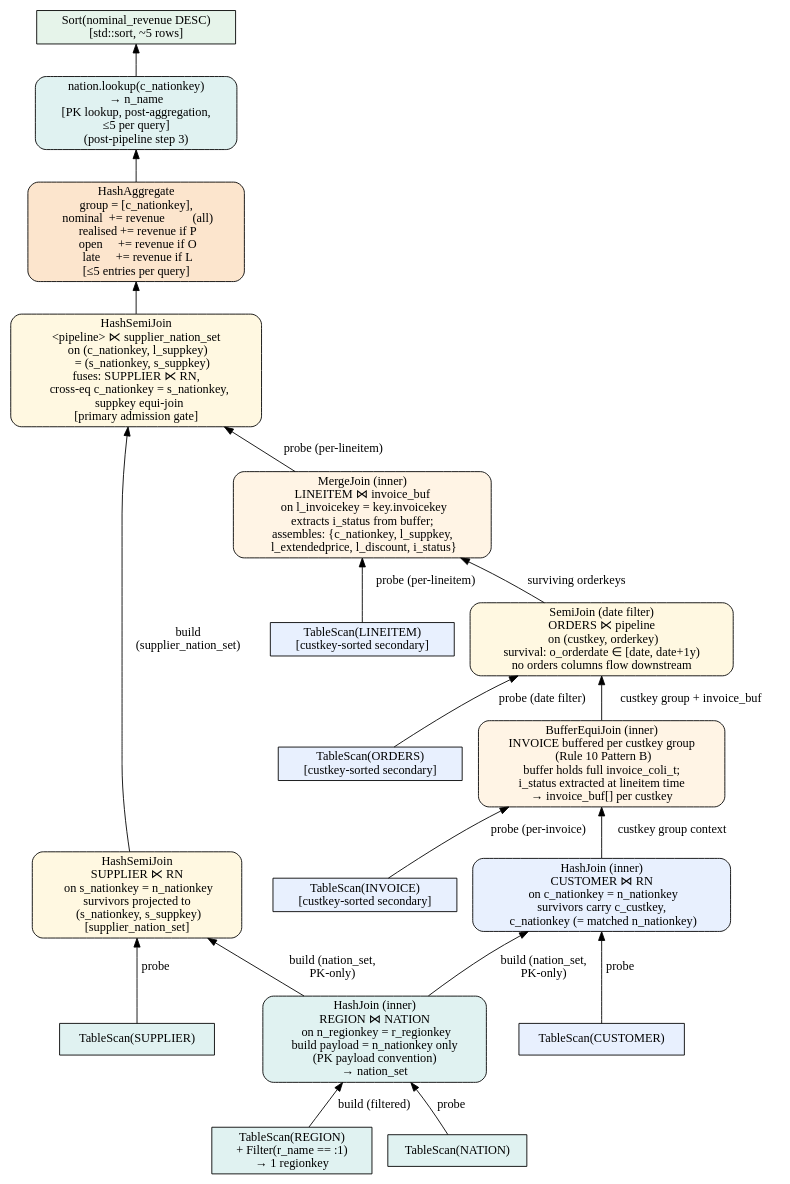
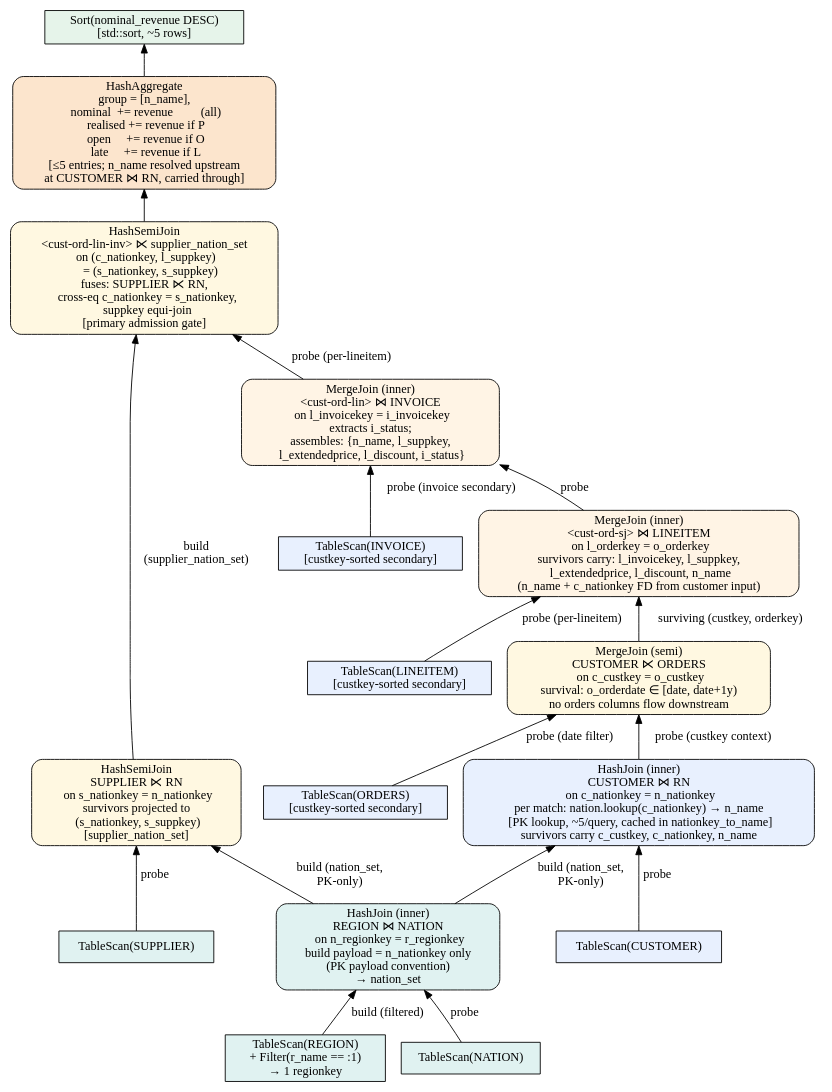
One commit to alicia-lyu/leanstore changed the diagram in frontend/tpch/q5i/plans/family_logical.dot. Above: the diagram before and after it, drawn with Graphviz. The commit also changed 7 other files, not shown here.

```diff
--- a/frontend/tpch/q5i/plans/family_logical.dot
+++ b/frontend/tpch/q5i/plans/family_logical.dot
@@ -1,130 +1,144 @@
 // Q5I family logical plan — shared by S1, S2, S3.
 //
 // Q5I extends Q5 with a single new join (l_invoicekey = i_invoicekey) and
 // four revenue accumulators split by i_status {P, O, L, nominal=all}.
 // The pipeline chain changes from COL (C→O→L) to COLI (C→I→L), with
 // ORDERS demoted to a semi-join filter (date window only, no output columns).
 //
-// Hierarchy C→I→L (CONVENTIONS.md Rule 10, "hierarchical with semi-join filter"):
+// Logical join order (C→O→L→I — same for S1/S2/S3/S4):
 //
 //   • CUSTOMER ⋈ RN (inner) — c_nationkey ∈ nation_set gate; ~80% prune.
 //     c_nationkey carried downstream for the post-pipeline supplier probe
 //     and nation equi-join.
-//   • INVOICE ⋈ CUSTOMER on invoicekey — equi-join (Rule 10 Pattern B):
-//     invoice records buffered per custkey group; i_status extracted at
-//     lineitem assembly time.
-//   • ORDERS ⋉ LINEITEM on orderkey — semi-join (Rule 10): orders
-//     contribute only the date filter; no orders columns flow downstream.
-//   • LINEITEM joins with INVOICE buffer on l_invoicekey → i_status.
+//   • CUSTOMER ⋉ ORDERS on c_custkey = o_custkey — SemiJoin: orders
+//     contribute only the date filter (o_orderdate ∈ window); no orders
+//     columns flow downstream.
+//   • ORDERS ⋈ LINEITEM on l_orderkey = o_orderkey — inner join.
+//   • LINEITEM ⋈ INVOICE on l_invoicekey = i_invoicekey — inner join;
+//     extracts i_status to route revenue into the four accumulators.
+//
+// Functional dependency: i_invoicekey → custkey (every invoice belongs
+// to exactly one customer). This FD means custkey-sorted secondary indexes
+// on INVOICE are valid: the S1 seek into invoice_coli_t uses
+// (custkey, invoicekey) as the composite lookup key within a custkey group.
+// Similarly, lineitem_coli_t is sorted by (custkey, orderkey, invoicekey,
+// linenumber), so the lineitem ⋈ invoice join resolves as a sorted probe
+// within the custkey partition — the custkey prefix is implicit but load-
+// bearing in all secondary structures (S1 split indexes, S2 view, S3 MI).
+//
+// Note: S3's physical COLI MI scan reads invoice records before
+// orders/lineitems in byte-lex order (invoice tag=2 < orders=3 <
+// lineitem=4), but the logical join tree is C→O→L→I regardless.
 //
 // Assembled pipeline record per lineitem:
 //   {c_nationkey, l_suppkey, l_extendedprice, l_discount, i_status}
 //
 // Post-pipeline operator chain (Rule 11 — outside pipeline, shared S1–S4):
 //   1. ⋉ supplier_nation_set[(c_nationkey, l_suppkey)]
 //      [primary admission; subsumes nation_set check for supplier arm]
 //   2. HashAggregate by c_nationkey:
 //        nominal   += revenue             (every qualifying lineitem)
 //        realised  += revenue if P
 //        open      += revenue if O
 //        late      += revenue if L
 //      [≤5 nationkeys per region; trivially small aggregate]
 //   3. n_name = nation.lookup(c_nationkey)  [PK lookup, ≤5 per query]
 //   4. Sort by nominal_revenue DESC         [std::sort, ~5 rows]
 //
 // FILTER PUSHDOWN: the COLI MI, COLI split indexes, and pipeline view are
 // all loaded UNFILTERED. r_name, the resolved nation_set, and the orderdate
 // window may NOT be baked into any secondary (predicate hoisting; PLAYBOOK
 // §3.5 step 7).
 //
 // PRIMARY-KEY PAYLOAD CONVENTION (Rules 4, 10): every hash build carries
 // PK only. n_name NOT in any intermediate build; resolved in post-pipeline
 // step 3 via nation PK lookup after aggregation on c_nationkey.
 // invoice buffer holds full invoice_coli_t records (Rule 10 Pattern B);
 // i_status extracted at lineitem assembly time.
 //
 // Shared dimension subtree (RN = REGION ⋈ NATION) and SUPPLIER semi-join
 // are identical to Q5's family plan.
 
 digraph {
   rankdir=BT;
 
   // ─────────── Shared dimension subtree: RN = REGION ⋈ NATION ───────────
   s_reg [label="TableScan(REGION)\n+ Filter(r_name == :1)\n→ 1 regionkey",
          shape=box, style=filled, fillcolor="#E0F2F1"];
   s_nat [label="TableScan(NATION)",
          shape=box, style=filled, fillcolor="#E0F2F1"];
   rn    [label="HashJoin (inner)\nREGION ⋈ NATION\n  on n_regionkey = r_regionkey\nbuild payload = n_nationkey only\n(PK payload convention)\n→ nation_set",
          shape=box, style="filled,rounded", fillcolor="#E0F2F1"];
 
   s_reg -> rn [label="build (filtered)"];
   s_nat -> rn [label="probe"];
 
   // ─────────── Fan-out 1: CUSTOMER ⋈ RN (inner) ───────────
   s_cust  [label="TableScan(CUSTOMER)",
            shape=box, style=filled, fillcolor="#E8F0FE"];
-  hj_cust [label="HashJoin (inner)\nCUSTOMER ⋈ RN\n  on c_nationkey = n_nationkey\nsurvivors carry c_custkey,\n  c_nationkey (= matched n_nationkey)",
+  hj_cust [label="HashJoin (inner)\nCUSTOMER ⋈ RN\n  on c_nationkey = n_nationkey\nper match: nation.lookup(c_nationkey) → n_name\n  [PK lookup, ~5/query, cached in nationkey_to_name]\nsurvivors carry c_custkey, c_nationkey, n_name",
            shape=box, style="filled,rounded", fillcolor="#E8F0FE"];
 
   rn     -> hj_cust [label="build (nation_set,\nPK-only)"];
   s_cust -> hj_cust [label="probe"];
 
   // ─────────── Fan-out 2: SUPPLIER ⋉ RN (semi-join) ───────────
   s_sup  [label="TableScan(SUPPLIER)",
           shape=box, style=filled, fillcolor="#E0F2F1"];
   sj_sup [label="HashSemiJoin\nSUPPLIER ⋉ RN\n  on s_nationkey = n_nationkey\nsurvivors projected to\n  (s_nationkey, s_suppkey)\n[supplier_nation_set]",
           shape=box, style="filled,rounded", fillcolor="#FFF8E1"];
 
   rn    -> sj_sup [label="build (nation_set,\nPK-only)"];
   s_sup -> sj_sup [label="probe"];
 
-  // ─────────── Inside pipeline: COLI chain (custkey-sorted) ───────────
+  // ─────────── Inside pipeline: C→O→L→I chain (custkey-sorted) ───────────
+  //
+  // Join order follows the SQL predicates:
+  //   CUSTOMER ⋈ ORDERS on c_custkey = o_custkey  (SemiJoin: date filter only)
+  //   ORDERS   ⋈ LINEITEM on l_orderkey = o_orderkey  (inner)
+  //   LINEITEM ⋈ INVOICE  on l_invoicekey = i_invoicekey  (inner, yields i_status)
+  //
+  // This is the same logical order as S4; S1/S3 implement it with merge-order
+  // scans instead of hash builds. The S3 physical plan reorders the MI scan
+  // (invoice tag=2 precedes orders tag=3 in byte-lex) but the logical join
+  // tree is unchanged.
 
-  // INVOICE equi-join: buffers full records per custkey group (Rule 10 Pattern B).
-  // Key order: invoice records precede orders/lineitems in custkey group
-  // (invoice tag=2 < orders=3 < lineitem=4), so buffer is complete at lineitem time.
+  s_ord  [label="TableScan(ORDERS)\n[custkey-sorted secondary]",
+          shape=box, style=filled, fillcolor="#E8F0FE"];
+  sj_ord [label="MergeJoin (semi)\nCUSTOMER ⋉ ORDERS\n  on c_custkey = o_custkey\nsurvival: o_orderdate ∈ [date, date+1y)\nno orders columns flow downstream",
+          shape=box, style="filled,rounded", fillcolor="#FFF8E1"];
+
+  s_lin  [label="TableScan(LINEITEM)\n[custkey-sorted secondary]",
+          shape=box, style=filled, fillcolor="#E8F0FE"];
+  join_lin [label="MergeJoin (inner)\n<cust-ord-sj> ⋈ LINEITEM\n  on l_orderkey = o_orderkey\nsurvivors carry: l_invoicekey, l_suppkey,\n  l_extendedprice, l_discount, n_name\n(n_name + c_nationkey FD from customer input)",
+            shape=box, style="filled,rounded", fillcolor="#FFF4E5"];
+
   s_inv  [label="TableScan(INVOICE)\n[custkey-sorted secondary]",
           shape=box, style=filled, fillcolor="#E8F0FE"];
-  buf_inv [label="BufferEquiJoin (inner)\nINVOICE buffered per custkey group\n  (Rule 10 Pattern B)\nbuffer holds full invoice_coli_t;\ni_status extracted at lineitem time\n→ invoice_buf[] per custkey",
-           shape=box, style="filled,rounded", fillcolor="#FFF4E5"];
-
-  // ORDERS semi-join: date filter only, no output columns.
-  s_ord  [label="TableScan(ORDERS)\n[custkey-sorted secondary]",
-          shape=box, style=filled, fillcolor="#E8F0FE"];
-  sj_ord [label="SemiJoin (date filter)\nORDERS ⋉ pipeline\n  on (custkey, orderkey)\nsurvival: o_orderdate ∈ [date, date+1y)\nno orders columns flow downstream",
-          shape=box, style="filled,rounded", fillcolor="#FFF8E1"];
-
-  // LINEITEM final join: assembles pipeline record.
-  s_lin  [label="TableScan(LINEITEM)\n[custkey-sorted secondary]",
-          shape=box, style=filled, fillcolor="#E8F0FE"];
-  join_lin [label="MergeJoin (inner)\nLINEITEM ⋈ invoice_buf\n  on l_invoicekey = key.invoicekey\nextracts i_status from buffer;\nassembles: {c_nationkey, l_suppkey,\n  l_extendedprice, l_discount, i_status}",
+  join_inv [label="MergeJoin (inner)\n<cust-ord-lin> ⋈ INVOICE\n  on l_invoicekey = i_invoicekey\nextracts i_status;\nassembles: {n_name, l_suppkey,\n  l_extendedprice, l_discount, i_status}",
             shape=box, style="filled,rounded", fillcolor="#FFF4E5"];
 
-  // Chain joins
-  hj_cust -> buf_inv  [label="custkey group context"];
-  s_inv   -> buf_inv  [label="probe (per-invoice)"];
-  buf_inv -> sj_ord   [label="custkey group + invoice_buf"];
-  s_ord   -> sj_ord   [label="probe (date filter)"];
-  sj_ord  -> join_lin [label="surviving orderkeys"];
-  s_lin   -> join_lin [label="probe (per-lineitem)"];
+  // Chain
+  hj_cust  -> sj_ord   [label="probe (custkey context)"];
+  s_ord    -> sj_ord   [label="probe (date filter)"];
+  sj_ord   -> join_lin [label="surviving (custkey, orderkey)"];
+  s_lin    -> join_lin [label="probe (per-lineitem)"];
+  join_lin -> join_inv [label="probe"];
+  s_inv    -> join_inv [label="probe (invoice secondary)"];
 
   // ─────────── Post-pipeline operator chain (Rule 11) ───────────
 
-  sj_col_sup [label="HashSemiJoin\n<pipeline> ⋉ supplier_nation_set\n  on (c_nationkey, l_suppkey)\n     = (s_nationkey, s_suppkey)\nfuses: SUPPLIER ⋉ RN,\n   cross-eq c_nationkey = s_nationkey,\n   suppkey equi-join\n[primary admission gate]",
+  sj_col_sup [label="HashSemiJoin\n<cust-ord-lin-inv> ⋉ supplier_nation_set\n  on (c_nationkey, l_suppkey)\n     = (s_nationkey, s_suppkey)\nfuses: SUPPLIER ⋉ RN,\n   cross-eq c_nationkey = s_nationkey,\n   suppkey equi-join\n[primary admission gate]",
               shape=box, style="filled,rounded", fillcolor="#FFF8E1"];
 
-  agg [label="HashAggregate\ngroup = [c_nationkey],\n  nominal  += revenue         (all)\n  realised += revenue if P\n  open     += revenue if O\n  late     += revenue if L\n[≤5 entries per query]",
+  agg [label="HashAggregate\ngroup = [n_name],\n  nominal  += revenue         (all)\n  realised += revenue if P\n  open     += revenue if O\n  late     += revenue if L\n[≤5 entries; n_name resolved upstream\nat CUSTOMER ⋈ RN, carried through]",
        shape=box, style="filled,rounded", fillcolor="#FCE5CD"];
-
-  nation_lk [label="nation.lookup(c_nationkey)\n→ n_name\n[PK lookup, post-aggregation,\n ≤5 per query]\n(post-pipeline step 3)",
-             shape=box, style="filled,rounded", fillcolor="#E0F2F1"];
 
   sort [label="Sort(nominal_revenue DESC)\n[std::sort, ~5 rows]",
         shape=box, style=filled, fillcolor="#E6F4EA"];
 
-  join_lin   -> sj_col_sup [label="probe (per-lineitem)"];
+  join_inv -> sj_col_sup [label="probe (per-lineitem)"];
   sj_sup     -> sj_col_sup [label="build\n(supplier_nation_set)"];
   sj_col_sup -> agg;
-  agg        -> nation_lk;
-  nation_lk  -> sort;
+  agg        -> sort;
 }
```
